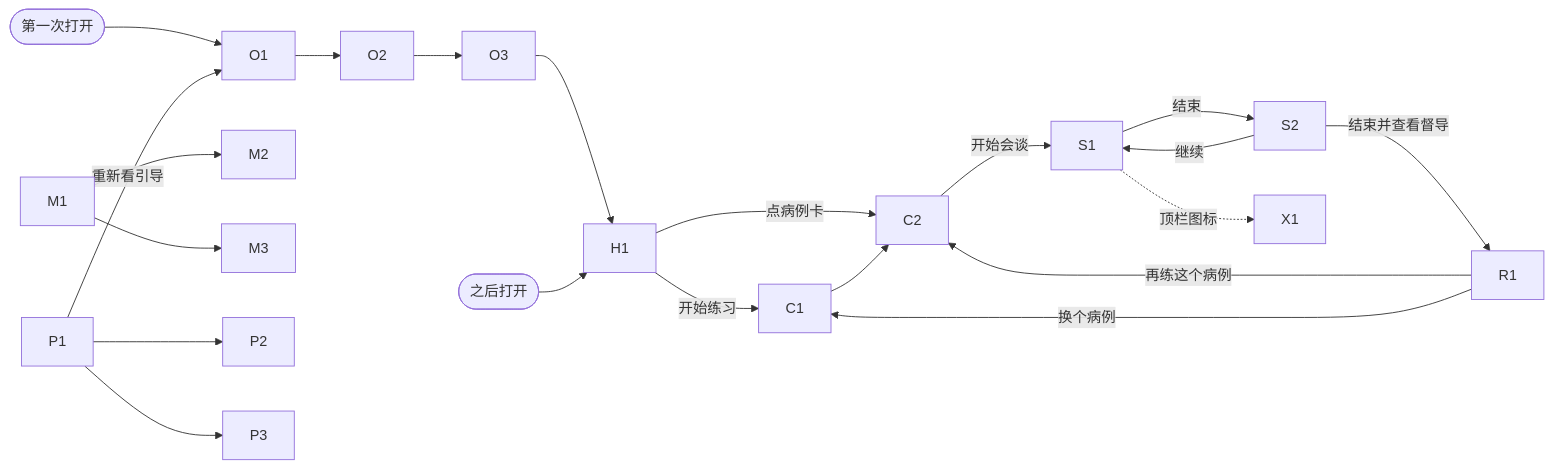
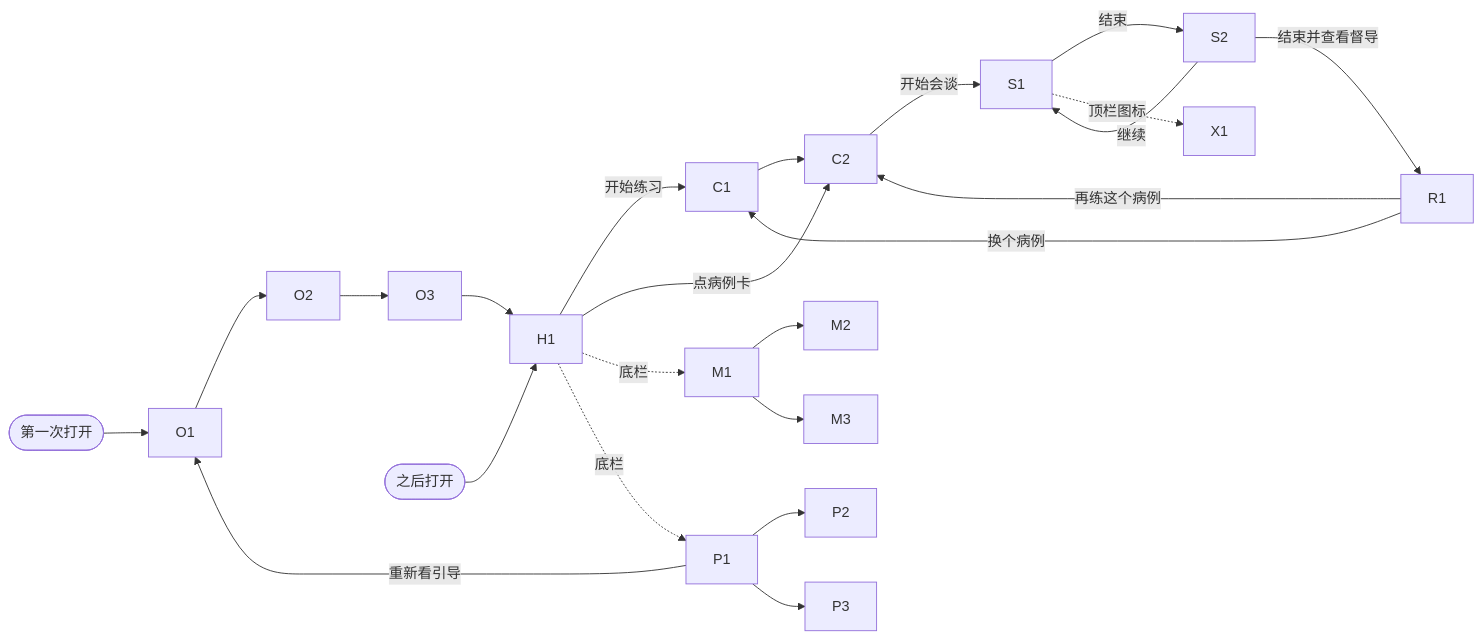
Before and after one commit to Novawerk/project-psygym-workspace: the diagram in docs/product/information-architecture.md, drawn with Mermaid. The commit also changed other lines of this file and 7 other files, not shown here.

````diff
--- a/docs/product/information-architecture.md
+++ b/docs/product/information-architecture.md
@@ -38,18 +38,20 @@
 ```mermaid
 flowchart LR
   start([第一次打开]) --> O1 --> O2 --> O3 --> H1
   reopen([之后打开]) --> H1
   H1 -- 开始练习 --> C1
   H1 -- 点病例卡 --> C2
   C1 --> C2 -- 开始会谈 --> S1
   S1 -- 结束 --> S2 -- 结束并查看督导 --> R1
   S2 -- 继续 --> S1
   R1 -- 再练这个病例 --> C2
   R1 -- 换个病例 --> C1
   M1 --> M2
   M1 --> M3
+  H1 -. 底栏 .-> M1
+  H1 -. 底栏 .-> P1
   P1 --> P2
   P1 --> P3
   P1 -- 重新看引导 --> O1
   S1 -. 顶栏图标 .-> X1
 ```
````
